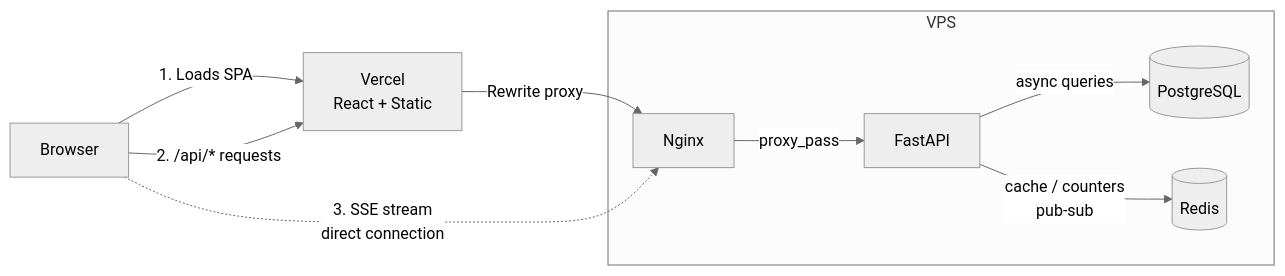
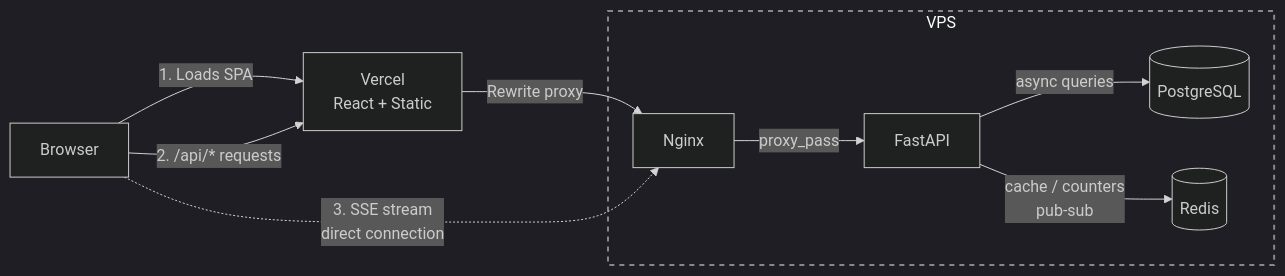
Before and after one commit to glikoliz/url-shortener: the diagram in README.md, drawn with Mermaid. The commit also changed other lines of this file, not shown here.

Commit message:
docs: update live demo link and improve architecture diagram styling

````diff
--- a/README.md
+++ b/README.md
@@ -17,20 +17,21 @@
 ```mermaid
-%%{init: {'theme': 'neutral'}}%%
+%%{init: {'theme': 'dark'}}%%
 graph LR
     Browser -->|1. Loads SPA| Vercel[Vercel<br/>React + Static]
     Browser -->|2. /api/* requests| Vercel
     Vercel -->|Rewrite proxy| Nginx
 
     Browser -.->|3. SSE stream<br/>direct connection| Nginx
 
     Nginx -->|proxy_pass| FastAPI
     FastAPI -->|async queries| PostgreSQL[(PostgreSQL)]
     FastAPI -->|cache / counters<br/>pub-sub| Redis[(Redis)]
 
     subgraph VPS
         Nginx
         FastAPI
         PostgreSQL
         Redis
     end
+    style VPS fill:transparent,stroke:#888,stroke-width:2px,stroke-dasharray: 5 5
 ```
````
